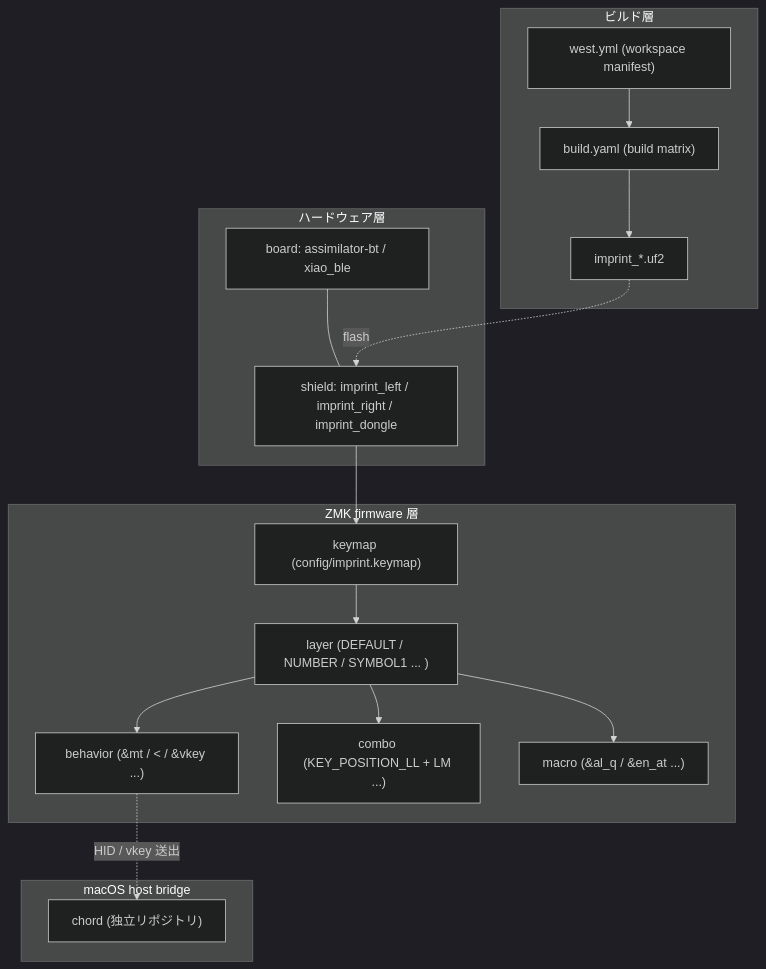
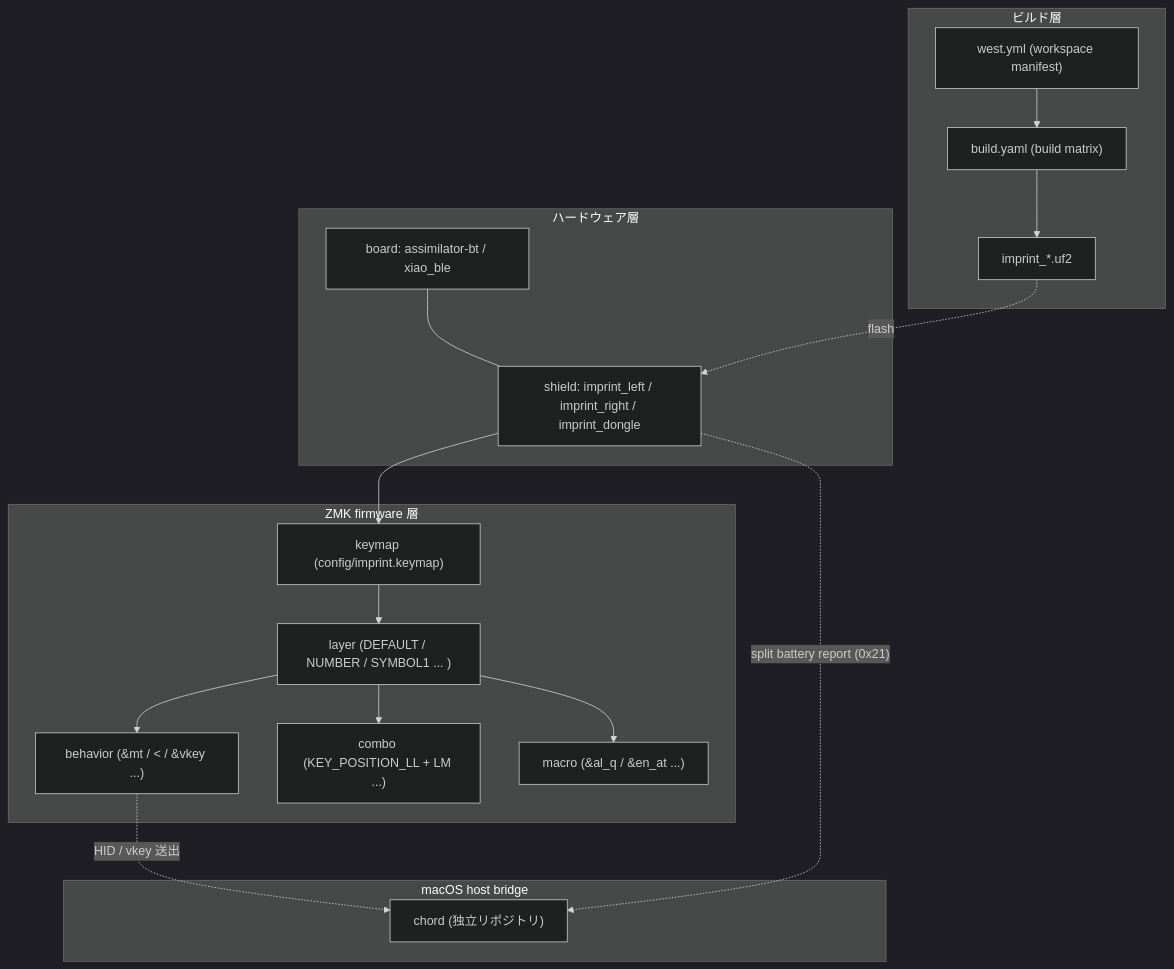
One commit to akira-toriyama/canon changed the diagram in docs/glossary.md. Above: the diagram before and after it, drawn with Mermaid (dark theme). The commit also changed other lines of this file and 7 other files, not shown here.

First line of the commit message:
:sparkles:(hid)^ report the split peripheral battery level over USB HID (#211)

````diff
--- a/docs/glossary.md
+++ b/docs/glossary.md
@@ -34,32 +34,33 @@
 ```mermaid
 flowchart TB
   subgraph HW["ハードウェア層"]
     BOARD["board: assimilator-bt / xiao_ble"]
     SHIELD["shield: imprint_left / imprint_right / imprint_dongle"]
   end
   subgraph FW["ZMK firmware 層"]
     KEYMAP["keymap (config/imprint.keymap)"]
     LAYER["layer (DEFAULT / NUMBER / SYMBOL1 ... )"]
     BEHAVIOR["behavior (&mt / &lt / &vkey ...)"]
     COMBO["combo (KEY_POSITION_LL + LM ...)"]
     MACRO["macro (&al_q / &en_at ...)"]
   end
   subgraph BUILD["ビルド層"]
     WEST["west.yml (workspace manifest)"]
     BUILDYAML["build.yaml (build matrix)"]
     UF2["imprint_*.uf2"]
   end
   subgraph HOST["macOS host bridge"]
     CHORD["chord (独立リポジトリ)"]
   end
   BOARD --- SHIELD
   SHIELD --> KEYMAP
   KEYMAP --> LAYER
   LAYER --> BEHAVIOR
   LAYER --> COMBO
   LAYER --> MACRO
   WEST --> BUILDYAML
   BUILDYAML --> UF2
   UF2 -.flash.-> SHIELD
   BEHAVIOR -.HID / vkey 送出.-> CHORD
+  SHIELD -.split battery report (0x21).-> CHORD
 ```
````
